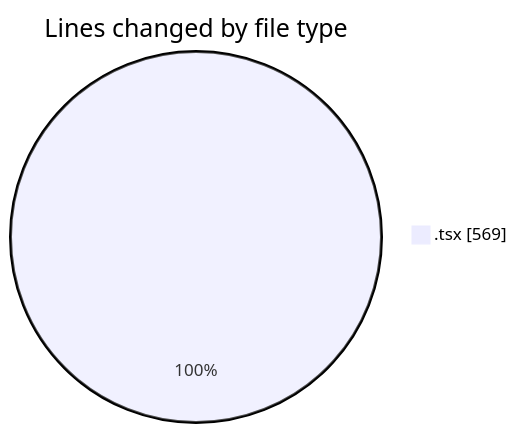
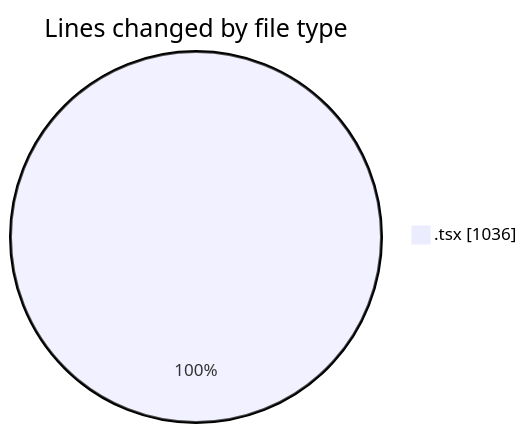
One commit to nxtqubesakshisongat/code-tracking changed the first of 2 diagrams in 2026-04-09/airfeed-analytics-dashboard/README.md. Above: the diagram before and after it, drawn with Mermaid. The commit also changed other lines of this file and 1 other file, not shown here.

````diff
--- a/2026-04-09/airfeed-analytics-dashboard/README.md
+++ b/2026-04-09/airfeed-analytics-dashboard/README.md
@@ -25,5 +26,5 @@
 ```mermaid
 pie showData
 title Lines changed by file type
-".tsx" : 569
+".tsx" : 1036
 ```
````
